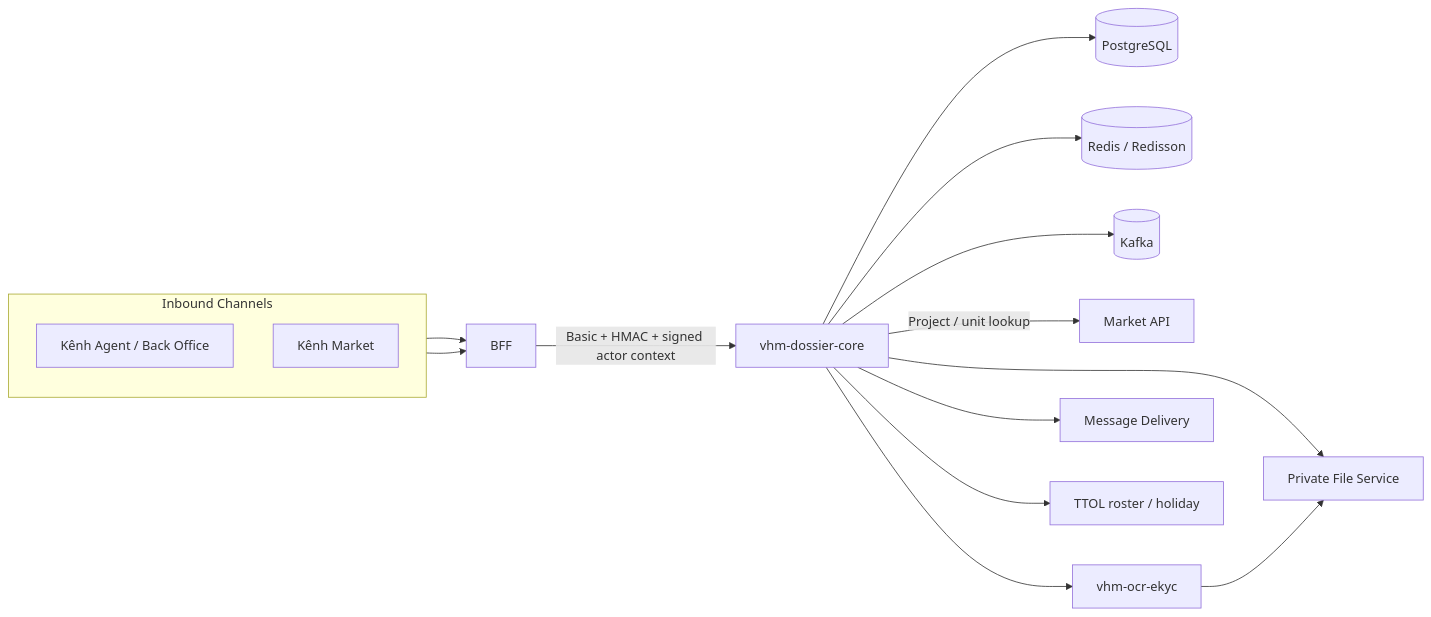
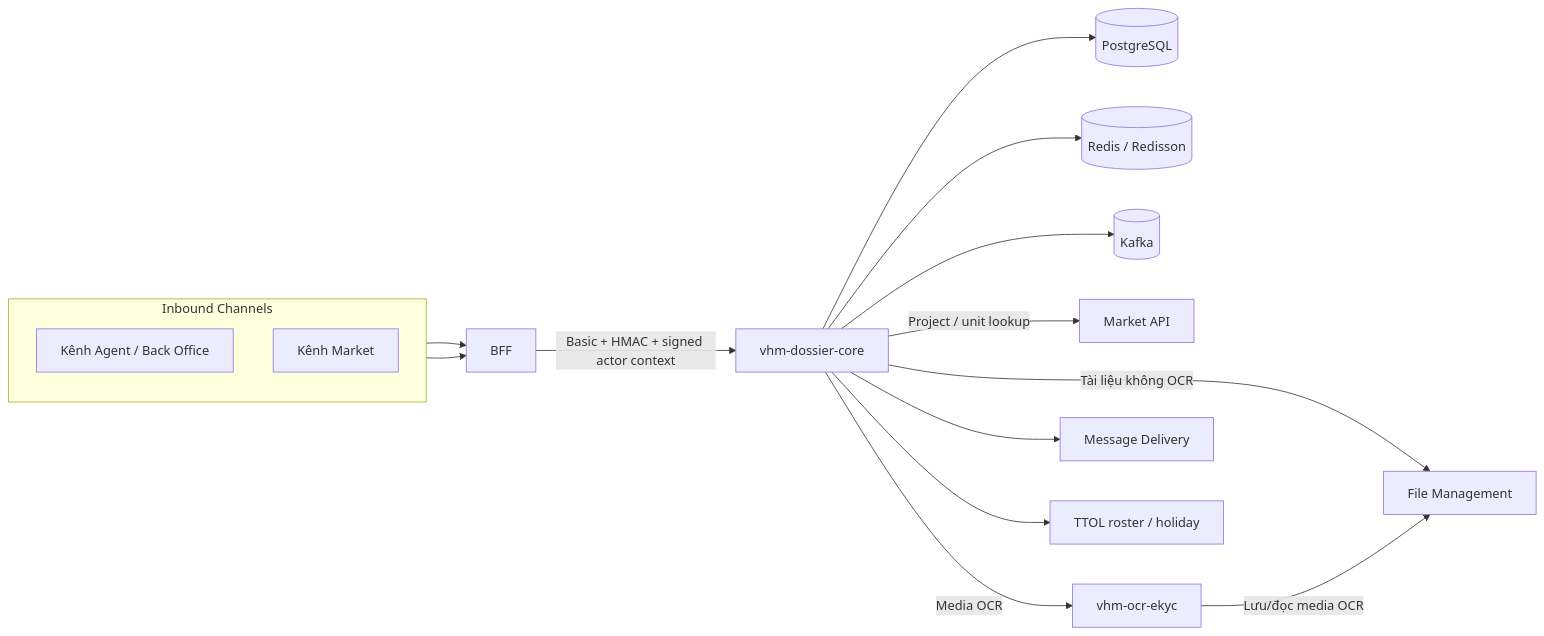
Before and after one commit to huynv-xyz/vhm: the first of 8 diagrams in tdd-dossier.md, drawn with Mermaid. The commit also changed other lines of this file, not shown here.

````diff
--- a/tdd-dossier.md
+++ b/tdd-dossier.md
@@ -179,20 +182,20 @@
 ```mermaid
 flowchart LR
     subgraph Channels[Inbound Channels]
         direction TB
         AgentChannel[Kênh Agent / Back Office]
         MarketChannel[Kênh Market]
     end
     AgentChannel --> API[BFF]
     MarketChannel --> API
     API -->|Basic + HMAC + signed actor context| Core[vhm-dossier-core]
     Core --> PG[(PostgreSQL)]
     Core --> Redis[(Redis / Redisson)]
     Core --> Kafka[(Kafka)]
-    Core --> File[Private File Service]
     Core -->|Project / unit lookup| MarketAPI[Market API]
-    Core --> OCR[vhm-ocr-ekyc]
-    OCR --> File
+    Core -->|Tài liệu không OCR| File[File Management]
+    Core -->|Media OCR| OCR[vhm-ocr-ekyc]
+    OCR -->|Lưu/đọc media OCR| File
     Core --> Msg[Message Delivery]
     Core --> TTOL[TTOL roster / holiday]
 ```
````
